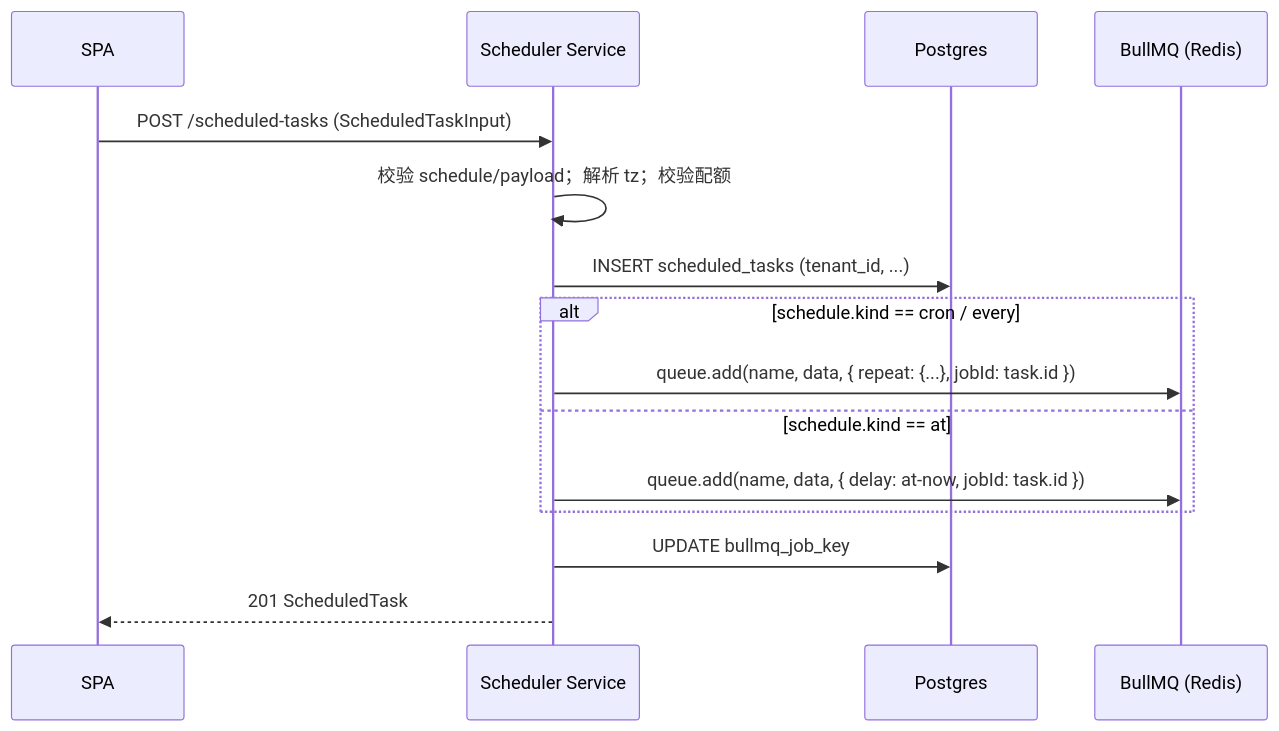
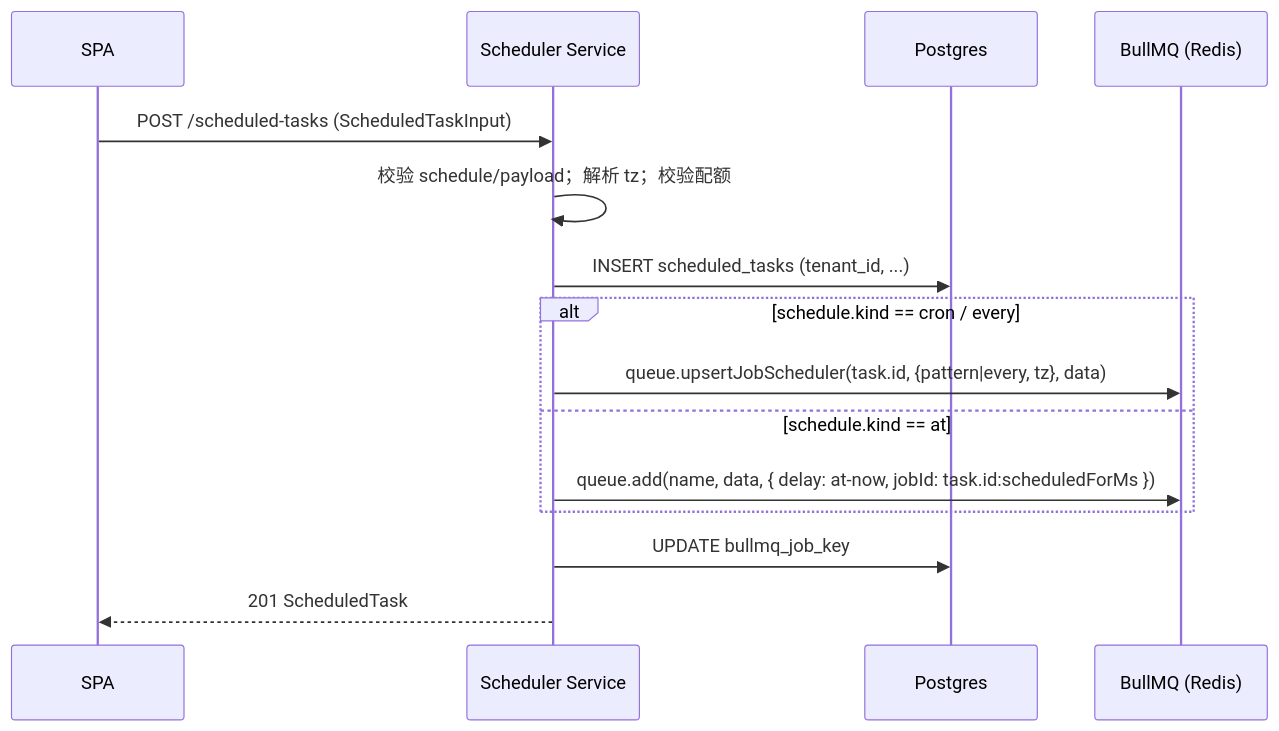
Before and after one commit to edward-ng-duke/LobsterAI: the third of 6 diagrams in 改造计划/11-定时任务调度.md, drawn with Mermaid. The commit also changed other lines of this file and 22 other files, not shown here.

````diff
--- a/改造计划/11-定时任务调度.md
+++ b/改造计划/11-定时任务调度.md
@@ -298,18 +308,18 @@
 ```mermaid
 sequenceDiagram
     participant UI as SPA
     participant API as Scheduler Service
     participant PG as Postgres
     participant Q as BullMQ (Redis)
 
     UI->>API: POST /scheduled-tasks (ScheduledTaskInput)
     API->>API: 校验 schedule/payload；解析 tz；校验配额
     API->>PG: INSERT scheduled_tasks (tenant_id, ...)
     alt schedule.kind == cron / every
-        API->>Q: queue.add(name, data, { repeat: {...}, jobId: task.id })
+        API->>Q: queue.upsertJobScheduler(task.id, {pattern|every, tz}, data)
     else schedule.kind == at
-        API->>Q: queue.add(name, data, { delay: at-now, jobId: task.id })
+        API->>Q: queue.add(name, data, { delay: at-now, jobId: task.id:scheduledForMs })
     end
     API->>PG: UPDATE bullmq_job_key
     API-->>UI: 201 ScheduledTask
 ```
````
